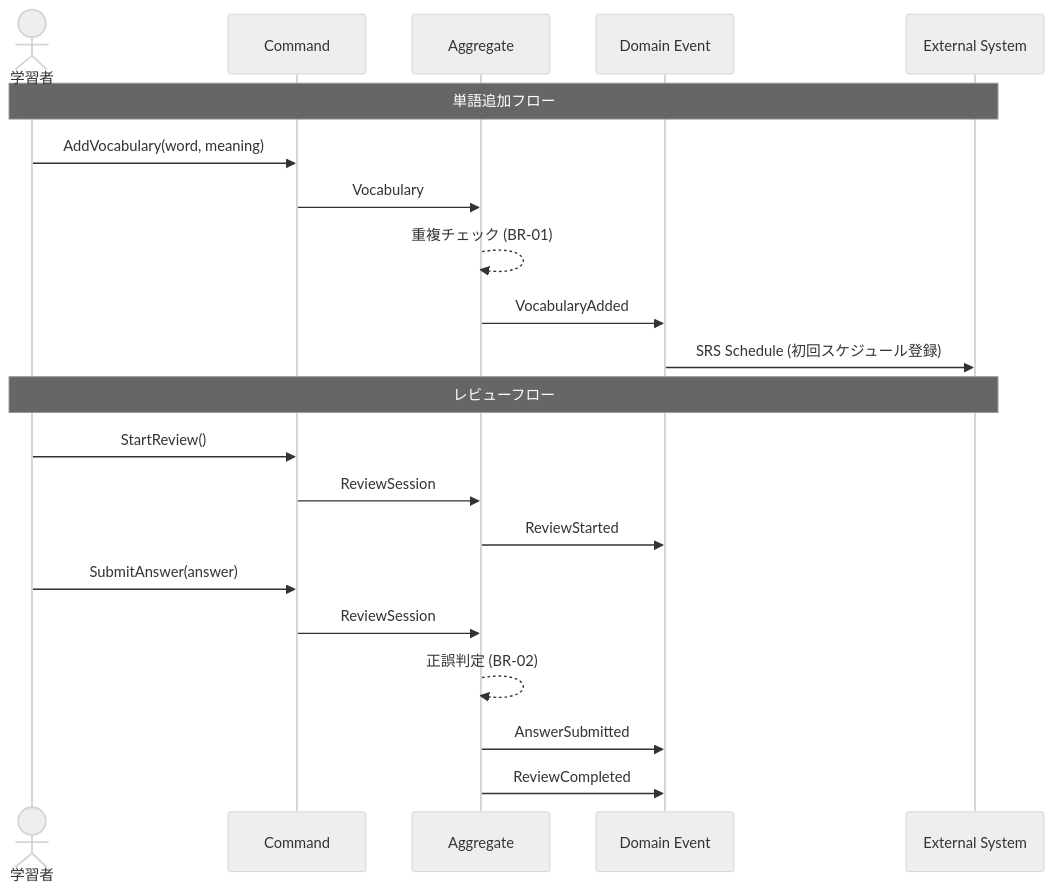
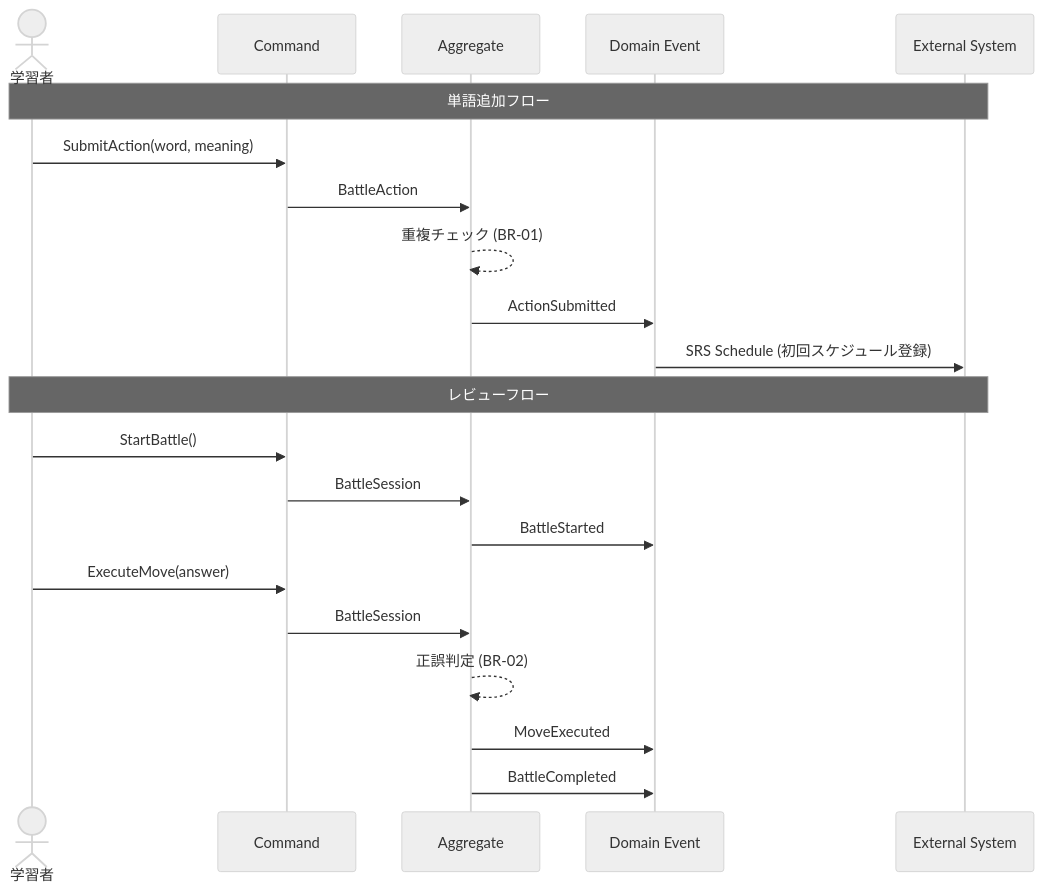
The first of 3 diagrams in .claude/skills/domain-modeler/references/event-storming-patterns.md (buddypia/kaiju-voice), drawn with Mermaid (neutral theme) before and after one commit. The commit also changed other lines of this file and 353 other files, not shown here.

````diff
--- a/.claude/skills/domain-modeler/references/event-storming-patterns.md
+++ b/.claude/skills/domain-modeler/references/event-storming-patterns.md
@@ -116,25 +116,25 @@
 ```mermaid
 sequenceDiagram
     actor Learner as 学習者
     participant Cmd as Command
     participant Agg as Aggregate
     participant Evt as Domain Event
     participant Ext as External System
 
     Note over Learner,Ext: 単語追加フロー
-    Learner->>Cmd: AddVocabulary(word, meaning)
-    Cmd->>Agg: Vocabulary
+    Learner->>Cmd: SubmitAction(word, meaning)
+    Cmd->>Agg: BattleAction
     Agg-->>Agg: 重複チェック (BR-01)
-    Agg->>Evt: VocabularyAdded
+    Agg->>Evt: ActionSubmitted
     Evt->>Ext: SRS Schedule (初回スケジュール登録)
 
     Note over Learner,Ext: レビューフロー
-    Learner->>Cmd: StartReview()
-    Cmd->>Agg: ReviewSession
-    Agg->>Evt: ReviewStarted
-    Learner->>Cmd: SubmitAnswer(answer)
-    Cmd->>Agg: ReviewSession
+    Learner->>Cmd: StartBattle()
+    Cmd->>Agg: BattleSession
+    Agg->>Evt: BattleStarted
+    Learner->>Cmd: ExecuteMove(answer)
+    Cmd->>Agg: BattleSession
     Agg-->>Agg: 正誤判定 (BR-02)
-    Agg->>Evt: AnswerSubmitted
-    Agg->>Evt: ReviewCompleted
+    Agg->>Evt: MoveExecuted
+    Agg->>Evt: BattleCompleted
 ```
````
